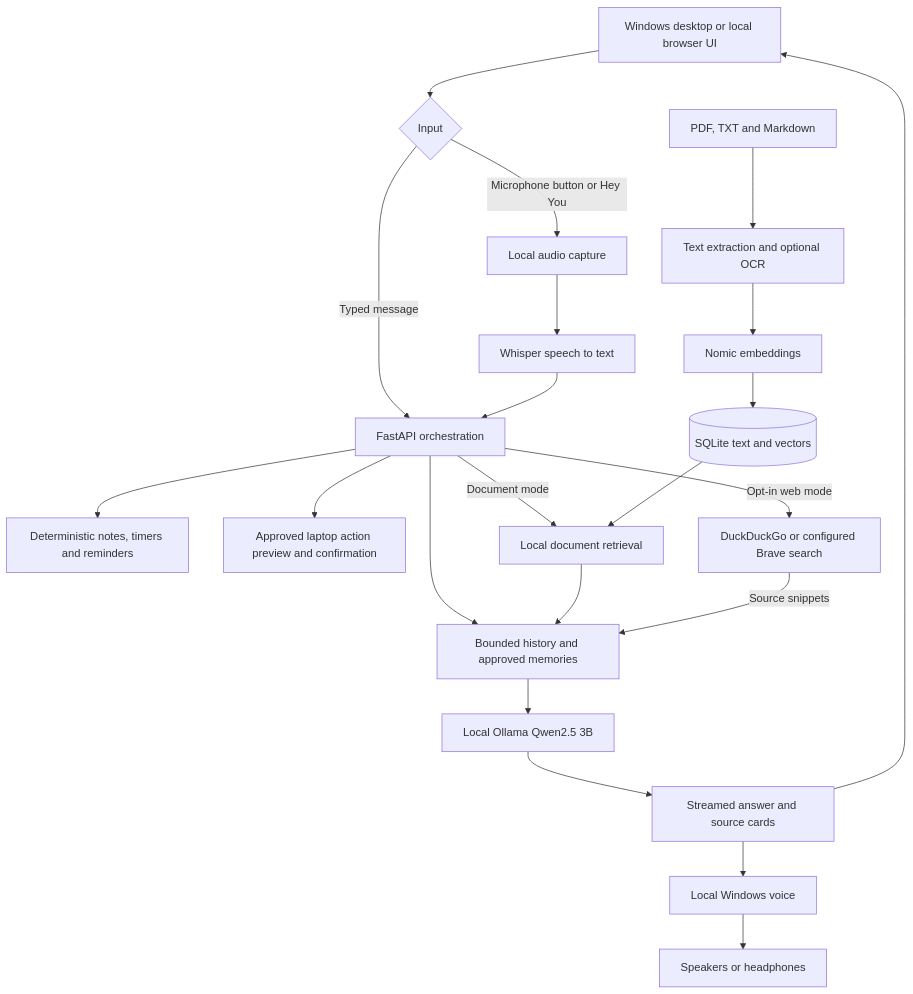
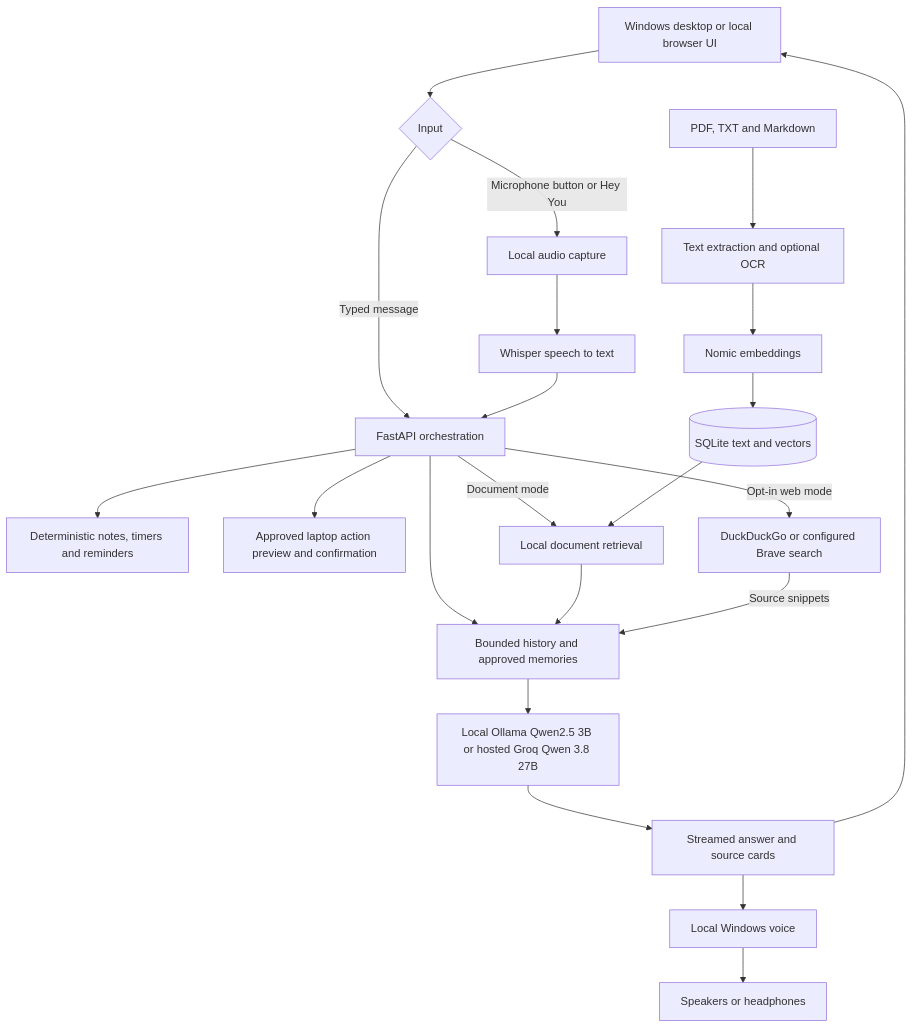
One commit to Armaan-30/YouAI changed the diagram in README.md. Above: the diagram before and after it, drawn with Mermaid. The commit also changed other lines of this file and 17 other files, not shown here.

Commit message:
Add optional Groq chat and transcription with local voice playback

````diff
--- a/README.md
+++ b/README.md
@@ -58,24 +59,24 @@
 ```mermaid
 flowchart TD
     UI[Windows desktop or local browser UI] --> INPUT{Input}
     INPUT -->|Microphone button or Hey You| AUDIO[Local audio capture]
     AUDIO --> STT[Whisper speech to text]
     INPUT -->|Typed message| ROUTER[FastAPI orchestration]
     STT --> ROUTER
     ROUTER --> TASKS[Deterministic notes, timers and reminders]
     ROUTER --> APPROVAL[Approved laptop action preview and confirmation]
     ROUTER --> CONTEXT[Bounded history and approved memories]
     ROUTER -->|Document mode| RAG[Local document retrieval]
     DOCS[PDF, TXT and Markdown] --> EXTRACT[Text extraction and optional OCR]
     EXTRACT --> EMBED[Nomic embeddings]
     EMBED --> DB[(SQLite text and vectors)]
     DB --> RAG
     RAG --> CONTEXT
     ROUTER -->|Opt-in web mode| SEARCH[DuckDuckGo or configured Brave search]
     SEARCH -->|Source snippets| CONTEXT
-    CONTEXT --> LLM[Local Ollama Qwen2.5 3B]
+    CONTEXT --> LLM[Local Ollama Qwen2.5 3B or hosted Groq Qwen 3.8 27B]
     LLM --> STREAM[Streamed answer and source cards]
     STREAM --> UI
     STREAM --> TTS[Local Windows voice]
     TTS --> SPEAKER[Speakers or headphones]
 ```
````
